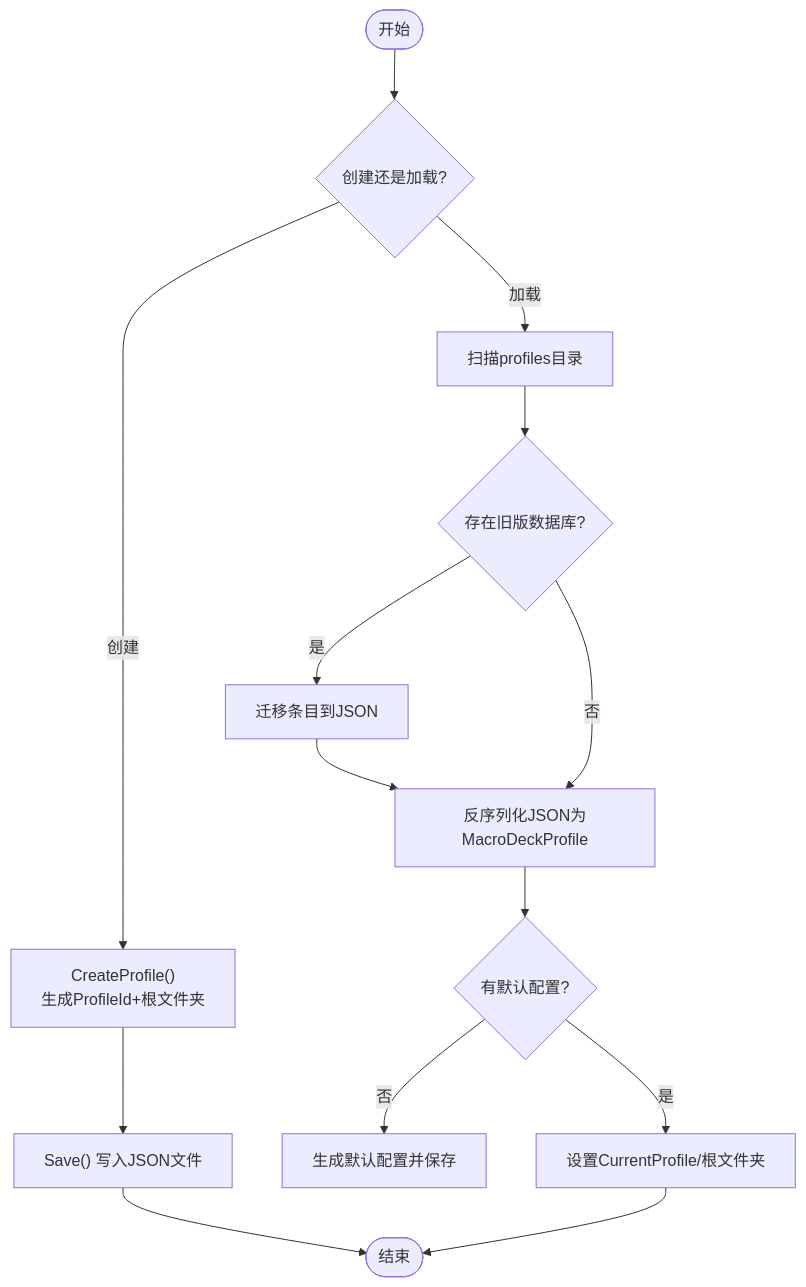
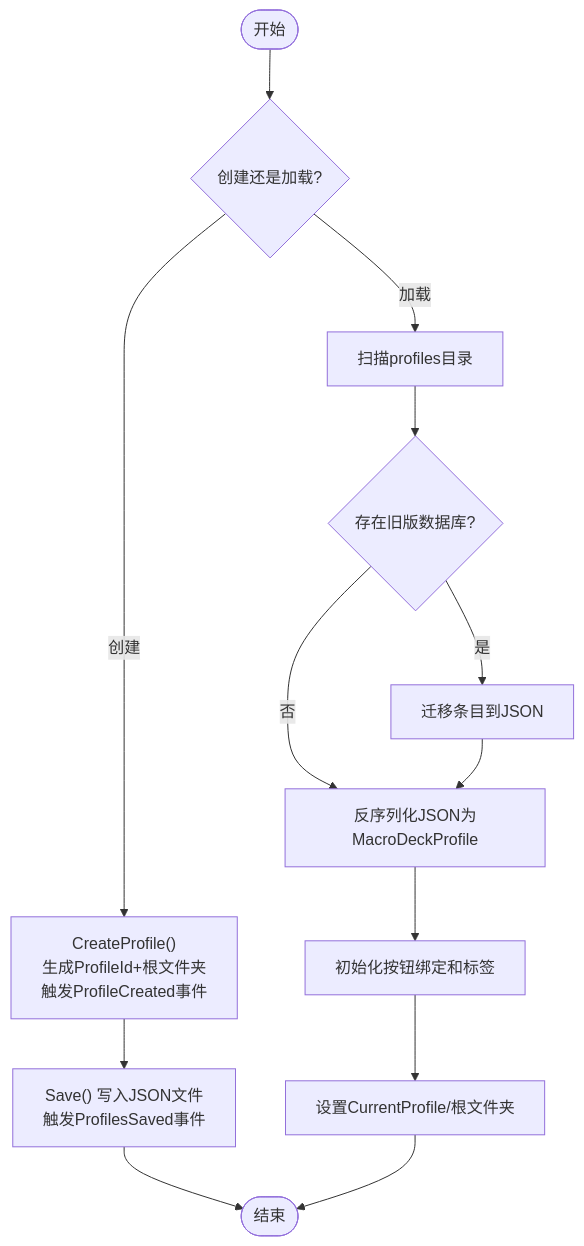
One commit to tea4go/Macro-Deck changed the fifth of 7 diagrams in .qoder/repowiki/zh/content/配置管理系统/配置文件管理.md. Above: the diagram before and after it, drawn with Mermaid. The commit also changed other lines of this file and 5 other files, not shown here.

````diff
--- a/.qoder/repowiki/zh/content/配置管理系统/配置文件管理.md
+++ b/.qoder/repowiki/zh/content/配置管理系统/配置文件管理.md
@@ -223,16 +309,15 @@
 ```mermaid
 flowchart TD
 Start(["开始"]) --> CreateOrLoad{"创建还是加载?"}
-CreateOrLoad --> |创建| CreateProfile["CreateProfile()<br/>生成ProfileId+根文件夹"]
+CreateOrLoad --> |创建| CreateProfile["CreateProfile()<br/>生成ProfileId+根文件夹<br/>触发ProfileCreated事件"]
 CreateOrLoad --> |加载| ScanFiles["扫描profiles目录"]
 ScanFiles --> HasLegacy{"存在旧版数据库?"}
 HasLegacy --> |是| Migrate["迁移条目到JSON"]
 HasLegacy --> |否| Deserialize["反序列化JSON为MacroDeckProfile"]
 Migrate --> Deserialize
-Deserialize --> Defaults{"有默认配置?"}
-Defaults --> |否| GenDefault["生成默认配置并保存"]
-Defaults --> |是| SetCurrent["设置CurrentProfile/根文件夹"]
-CreateProfile --> Save["Save() 写入JSON文件"]
+Deserialize --> InitProfile["初始化按钮绑定和标签"]
+InitProfile --> SetCurrent["设置CurrentProfile/根文件夹"]
+CreateProfile --> Save["Save() 写入JSON文件<br/>触发ProfilesSaved事件"]
 Save --> End(["结束"])
 SetCurrent --> End
 ```
````
